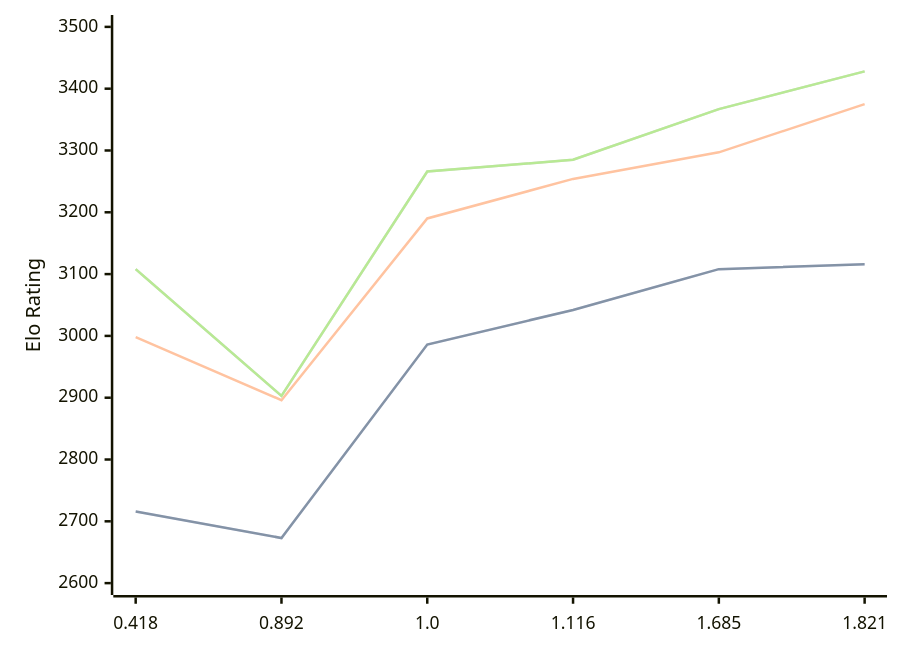
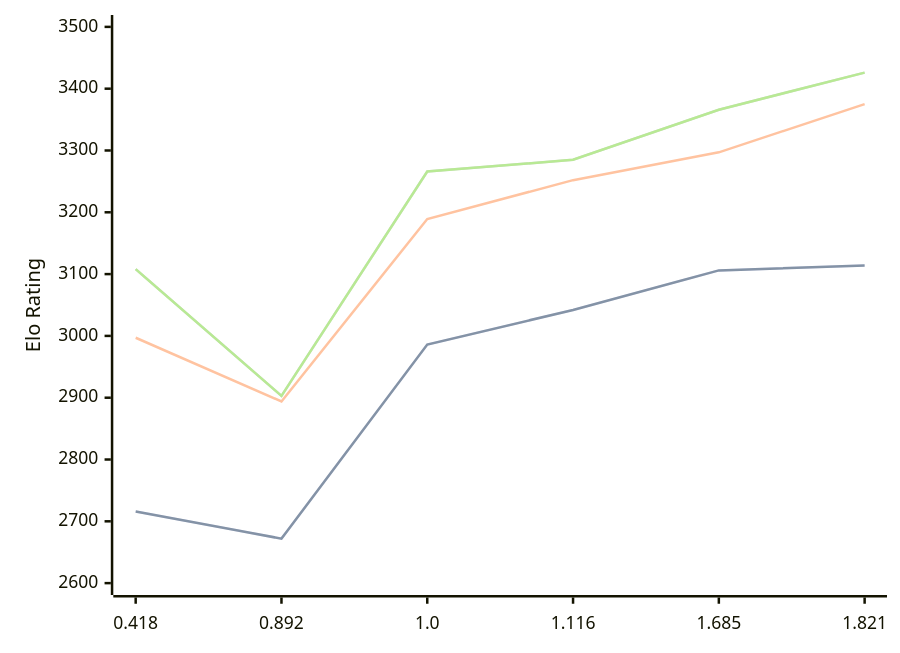
One commit to computer-chess-index/cci changed the diagram in engines/Malika.md. Above: the diagram before and after it, drawn with Mermaid. The commit also changed other lines of this file, not shown here.

Commit message:
Update CCI Ratings (ELO VLTC) - 2026-10-01

````diff
--- a/engines/Malika.md
+++ b/engines/Malika.md
@@ -36,11 +36,11 @@
 ```mermaid
 %%{init: {"theme":"base","themeVariables":{"seriesColors:['#a3a3a3','#222221','#faa371']}}}%%
 xychart-beta
   x-axis ["0.418", "0.892", "1.0", "1.116", "1.685", "1.821"]
   y-axis "Elo Rating" 2600 --> 3500
-  line "" [2716, 2673, 2986, 3042, 3108, 3116]
-  line "STC (8.0+0.08s)" [2716, 2673, 2986, 3042, 3108, 3116]
-  line "LTC (60.0+0.60s)" [2998, 2896, 3190, 3254, 3297, 3375]
-  line "" [3108, 2903, 3266, 3285, 3367, 3428]
-  line "VLTC (2m24s+1.12s)" [3108, 2903, 3266, 3285, 3367, 3428]
+  line "" [2716, 2672, 2986, 3042, 3106, 3114]
+  line "STC (8.0+0.08s)" [2716, 2672, 2986, 3042, 3106, 3114]
+  line "LTC (60.0+0.60s)" [2997, 2894, 3189, 3252, 3297, 3375]
+  line "" [3108, 2903, 3266, 3285, 3366, 3426]
+  line "VLTC (2m24s+1.12s)" [3108, 2903, 3266, 3285, 3366, 3426]
 ```
````
